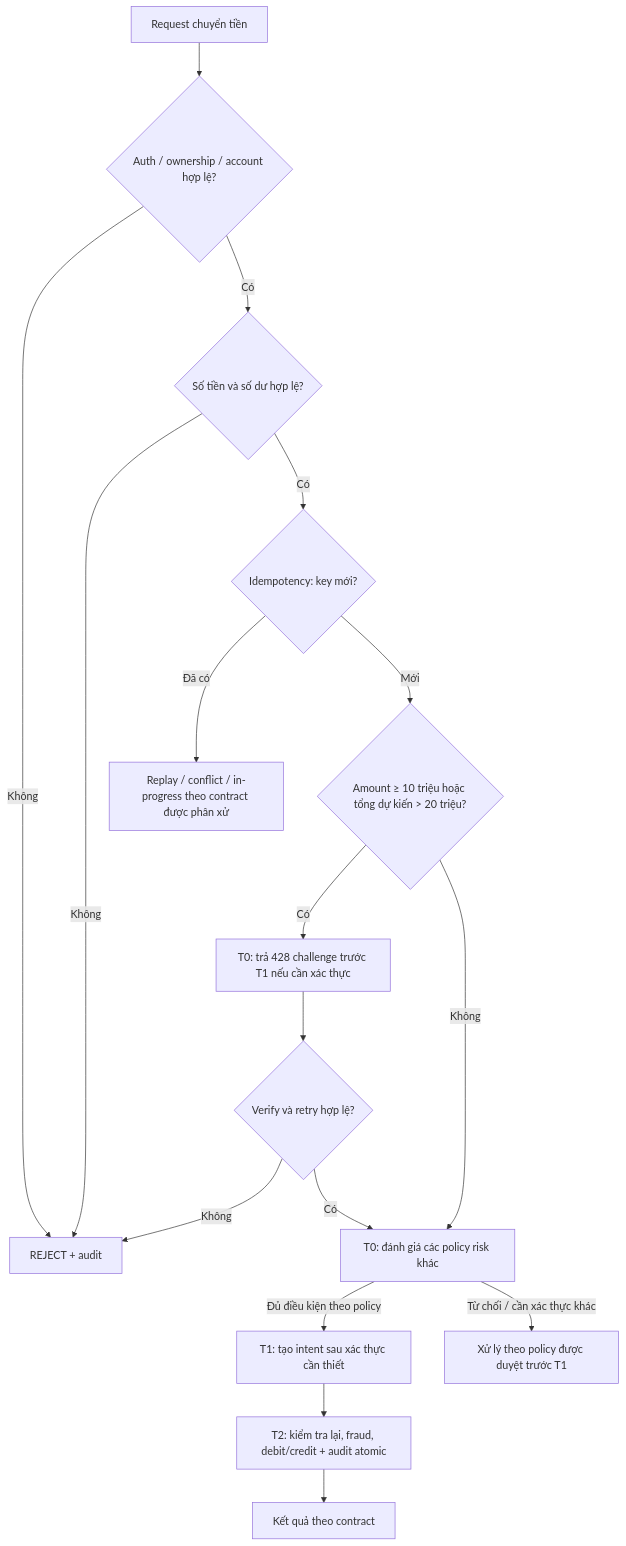
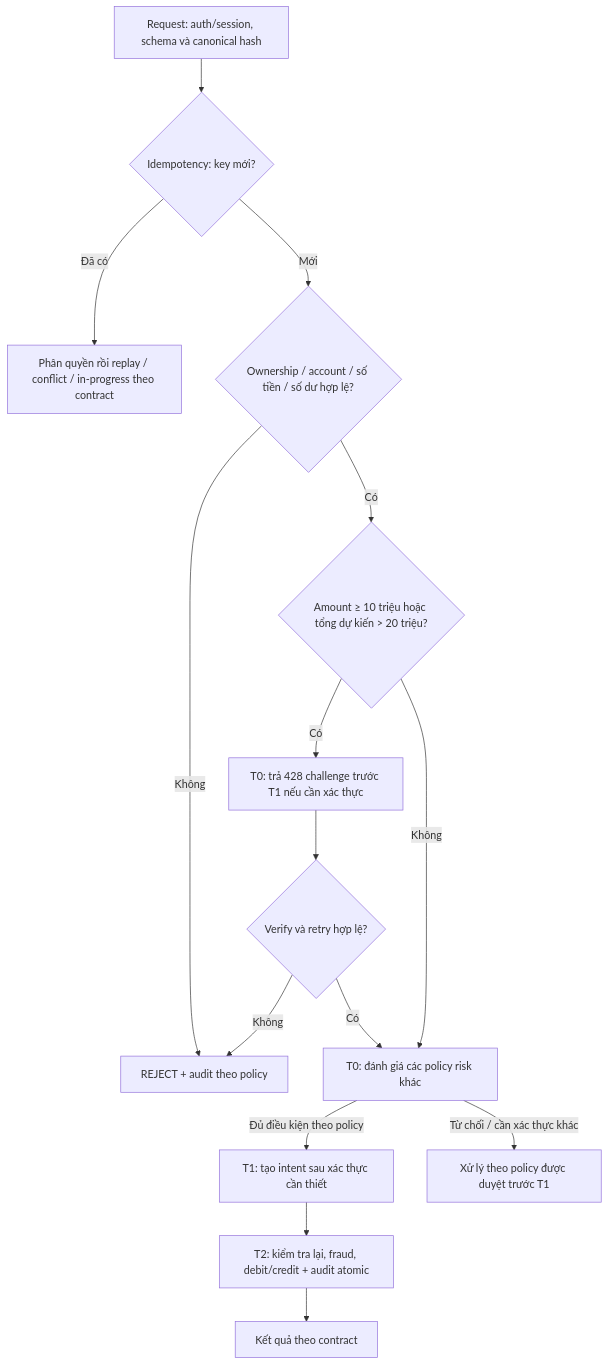
Before and after one commit to TNoLisme/cloude: the diagram in digitalbanking-docs/docs-common/design/03. fraud-detection-rules.md, drawn with Mermaid. The commit also changed other lines of this file and 22 other files, not shown here.

````diff
--- a/digitalbanking-docs/docs-common/design/03. fraud-detection-rules.md
+++ b/digitalbanking-docs/docs-common/design/03. fraud-detection-rules.md
@@ -102,19 +102,17 @@
 ```mermaid
 flowchart TD
- A["Request chuyển tiền"] --> B{"Auth / ownership / account hợp lệ?"}
- B -->|Không| X["REJECT + audit"]
- B -->|Có| C{"Số tiền và số dư hợp lệ?"}
- C -->|Không| X
- C -->|Có| D{"Idempotency: key mới?"}
- D -->|"Đã có"| E["Replay / conflict / in-progress theo contract được phân xử"]
- D -->|"Mới"| G{"Amount ≥ 10 triệu hoặc tổng dự kiến > 20 triệu?"}
+ A["Request: auth/session, schema và canonical hash"] --> D{"Idempotency: key mới?"}
+ D -->|"Đã có"| E["Phân quyền rồi replay / conflict / in-progress theo contract"]
+ D -->|"Mới"| B{"Ownership / account / số tiền / số dư hợp lệ?"}
+ B -->|Không| X["REJECT + audit theo policy"]
+ B -->|Có| G{"Amount ≥ 10 triệu hoặc tổng dự kiến > 20 triệu?"}
  G -->|Có| I["T0: trả 428 challenge trước T1 nếu cần xác thực"]
  G -->|Không| J["T0: đánh giá các policy risk khác"]
  I --> K{"Verify và retry hợp lệ?"}
  K -->|Không| X
  K -->|Có| J
  J -->|"Đủ điều kiện theo policy"| T1["T1: tạo intent sau xác thực cần thiết"]
  J -->|"Từ chối / cần xác thực khác"| R["Xử lý theo policy được duyệt trước T1"]
  T1 --> L["T2: kiểm tra lại, fraud, debit/credit + audit atomic"]
  L --> P["Kết quả theo contract"]
 ```
````
